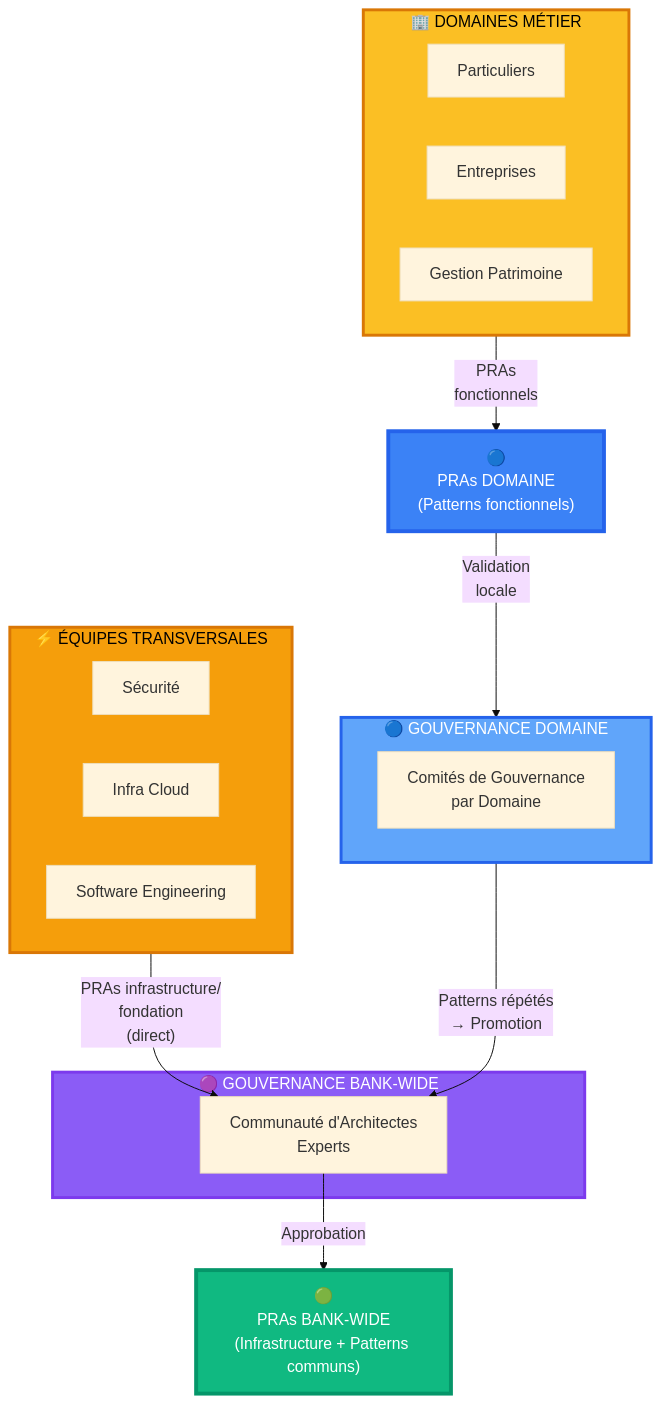
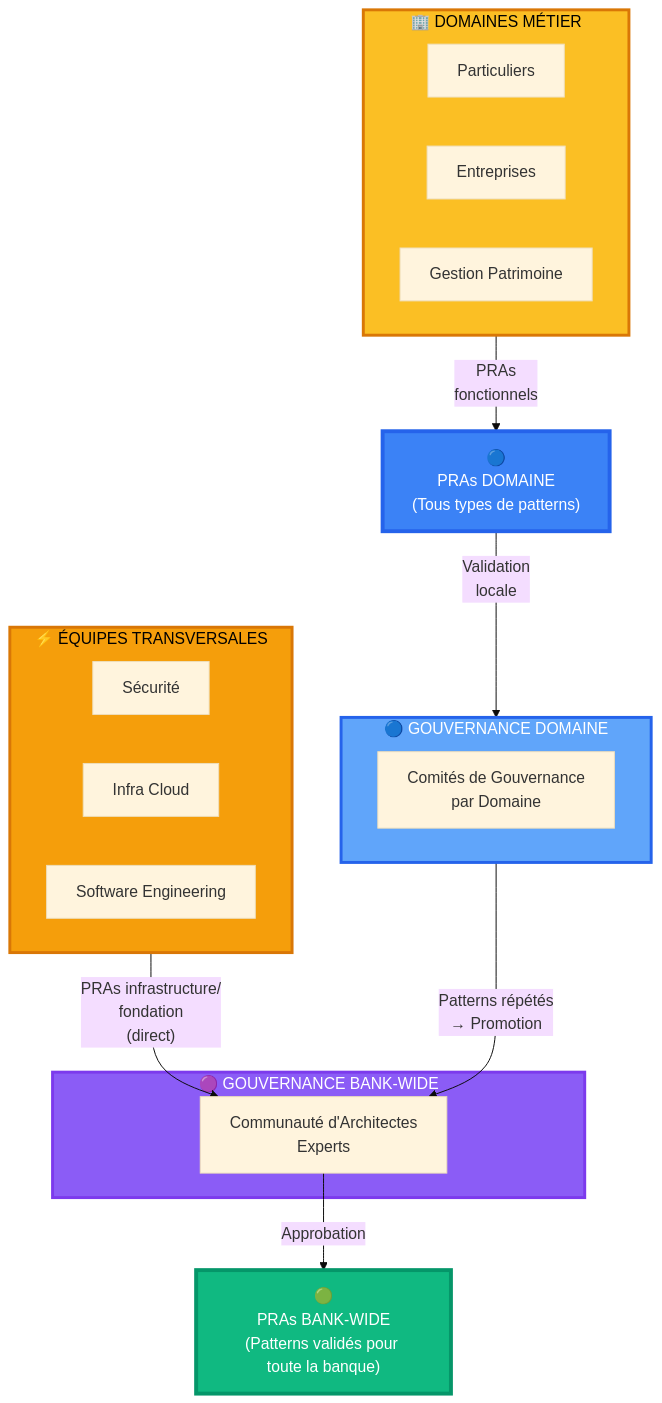
Before and after one commit to KiyaliHQ/proven-reusable-architecture: the first of 2 diagrams in site/content/fr/registre/index.md, drawn with Mermaid. The commit also changed other lines of this file and 1 other file, not shown here.

First line of the commit message:
docs: clarify pragmatic reality - domains create ALL types of PRAs

````diff
--- a/site/content/fr/registre/index.md
+++ b/site/content/fr/registre/index.md
@@ -18,39 +18,39 @@
 ```mermaid
 %%{init: {'theme':'base', 'themeVariables': { 'fontSize':'16px'}}}%%
 graph TB
     subgraph TRANS["⚡ ÉQUIPES TRANSVERSALES"]
         SEC["Sécurité"]
         INFRA["Infra Cloud"]
         SE["Software Engineering"]
     end
 
     subgraph DOMAINS["🏢 DOMAINES MÉTIER"]
         PART["Particuliers"]
         ENT["Entreprises"]
         GP["Gestion Patrimoine"]
     end
 
     subgraph GOV_DOM["🔵 GOUVERNANCE DOMAINE"]
         GOVD["Comités de Gouvernance<br/>par Domaine"]
     end
 
     subgraph GOV_BW["🟣 GOUVERNANCE BANK-WIDE"]
         GOVB["Communauté d'Architectes<br/>Experts"]
     end
 
-    DOM["🔵<br/>PRAs DOMAINE<br/>(Patterns fonctionnels)"]
-    BW["🟢<br/>PRAs BANK-WIDE<br/>(Infrastructure + Patterns communs)"]
+    DOM["🔵<br/>PRAs DOMAINE<br/>(Tous types de patterns)"]
+    BW["🟢<br/>PRAs BANK-WIDE<br/>(Patterns validés pour toute la banque)"]
 
     TRANS -->|"PRAs infrastructure/<br/>fondation<br/>(direct)"| GOVB
     DOMAINS -->|"PRAs<br/>fonctionnels"| DOM
     DOM -->|"Validation<br/>locale"| GOV_DOM
     GOV_DOM -->|"Patterns répétés<br/>→ Promotion"| GOVB
     GOVB -->|"Approbation"| BW
 
     style BW fill:#10b981,stroke:#059669,stroke-width:4px,color:#fff
     style DOM fill:#3b82f6,stroke:#2563eb,stroke-width:4px,color:#fff
     style GOV_BW fill:#8b5cf6,stroke:#7c3aed,stroke-width:3px,color:#fff
     style GOV_DOM fill:#60a5fa,stroke:#2563eb,stroke-width:3px,color:#fff
     style TRANS fill:#f59e0b,stroke:#d97706,stroke-width:3px,color:#000
     style DOMAINS fill:#fbbf24,stroke:#d97706,stroke-width:3px,color:#000
 ```
````
